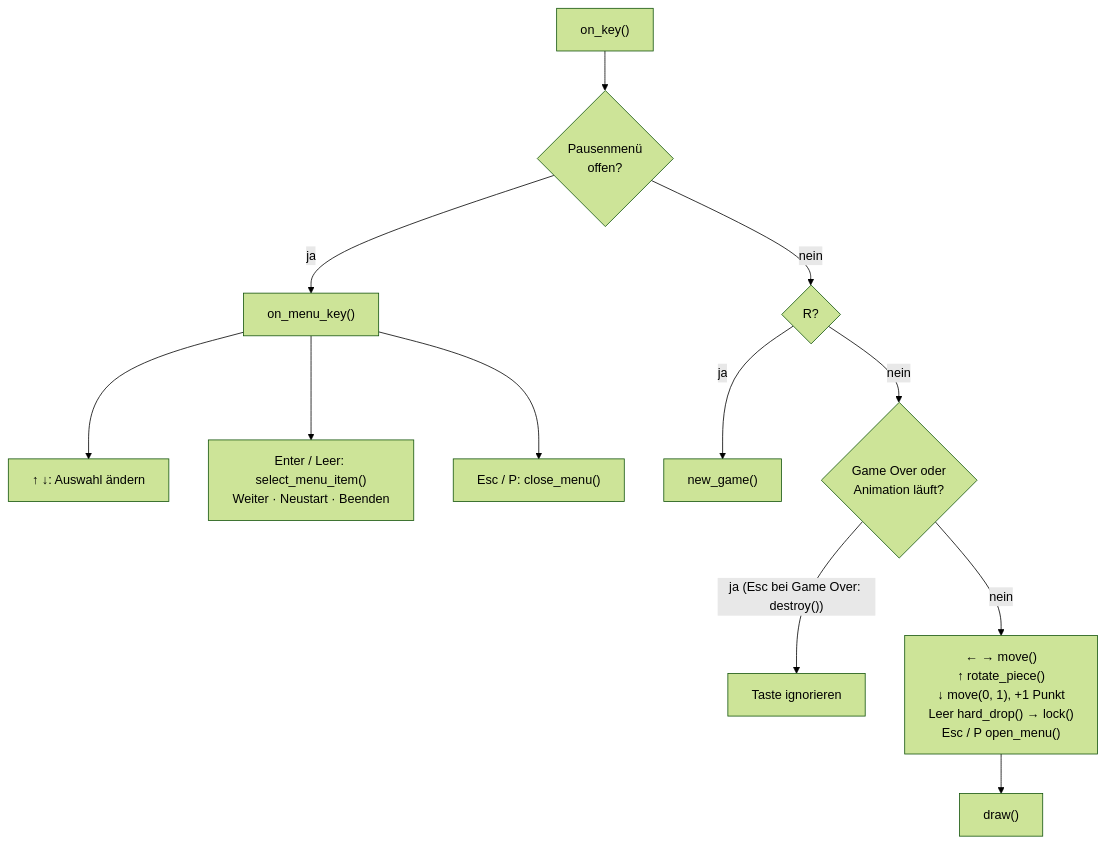
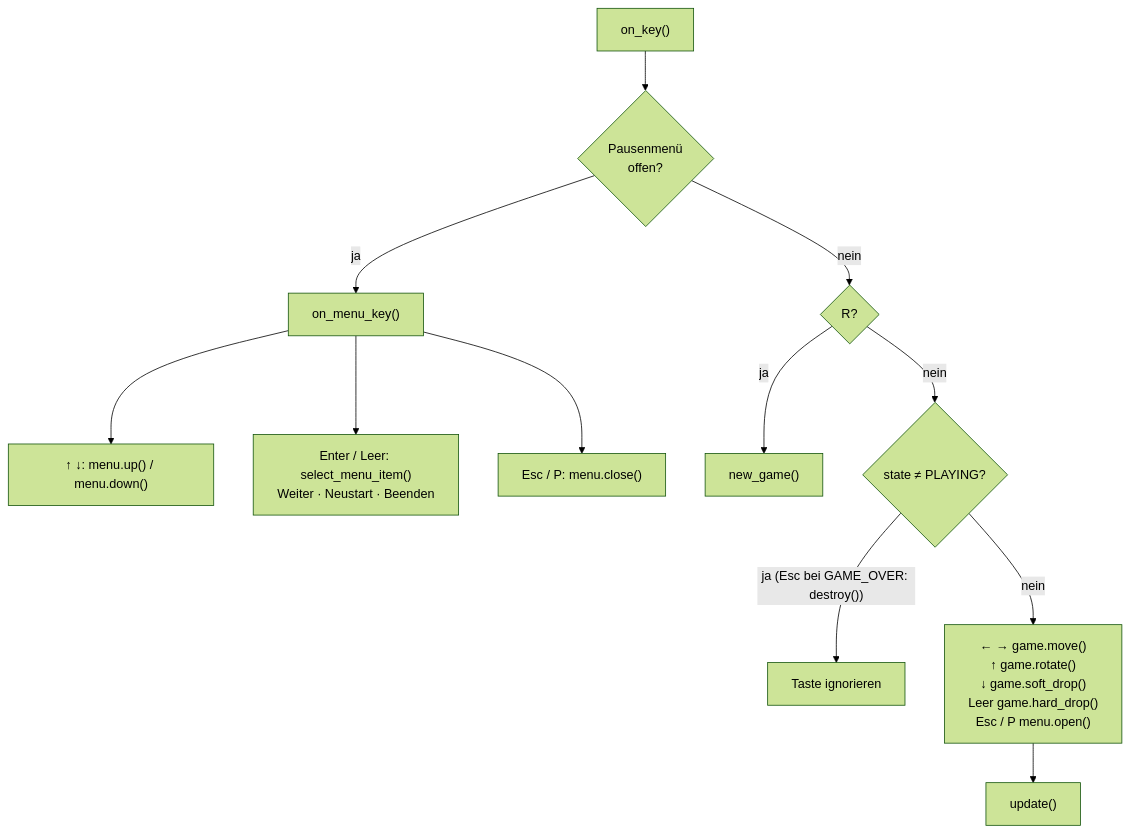
Before and after one commit to Krysek/Quickstart-mit-Claude: the sixth of 6 diagrams in docs/Diagramme.md, drawn with Mermaid (forest theme). The commit also changed other lines of this file and 7 other files, not shown here.

````diff
--- a/docs/Diagramme.md
+++ b/docs/Diagramme.md
@@ -174,14 +236,14 @@
 ```mermaid
 flowchart TD
     key["on_key()"] --> paused{"Pausenmenü<br/>offen?"}
     paused -->|ja| menu["on_menu_key()"]
-    menu --> m1["↑ ↓: Auswahl ändern"]
+    menu --> m1["↑ ↓: menu.up() / menu.down()"]
     menu --> m2["Enter / Leer: select_menu_item()<br/>Weiter · Neustart · Beenden"]
-    menu --> m3["Esc / P: close_menu()"]
+    menu --> m3["Esc / P: menu.close()"]
     paused -->|nein| r{"R?"}
     r -->|ja| ng["new_game()"]
-    r -->|nein| blocked{"Game Over oder<br/>Animation läuft?"}
-    blocked -->|"ja (Esc bei Game Over: destroy())"| ignore["Taste ignorieren"]
-    blocked -->|nein| act["← → move()<br/>↑ rotate_piece()<br/>↓ move(0, 1), +1 Punkt<br/>Leer hard_drop() → lock()<br/>Esc / P open_menu()"]
-    act --> kdraw["draw()"]
+    r -->|nein| blocked{"state ≠ PLAYING?"}
+    blocked -->|"ja (Esc bei GAME_OVER: destroy())"| ignore["Taste ignorieren"]
+    blocked -->|nein| act["← → game.move()<br/>↑ game.rotate()<br/>↓ game.soft_drop()<br/>Leer game.hard_drop()<br/>Esc / P menu.open()"]
+    act --> kupd["update()"]
 ```
````
